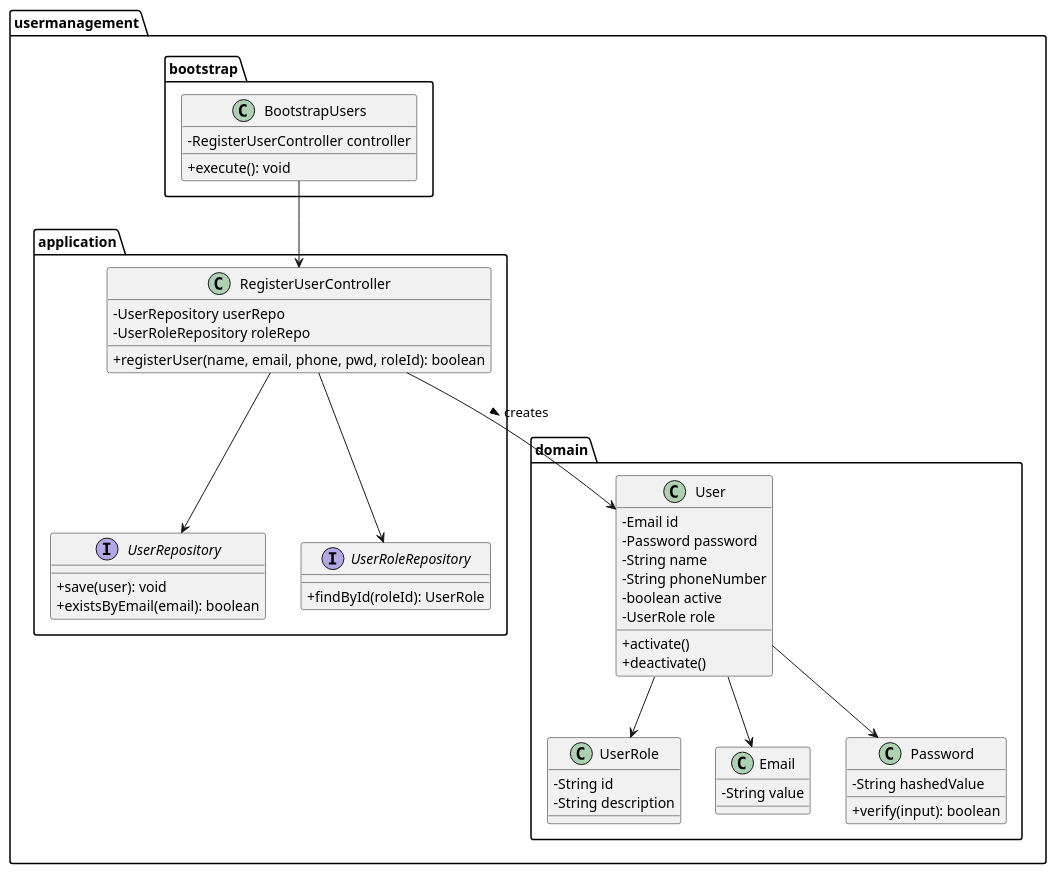
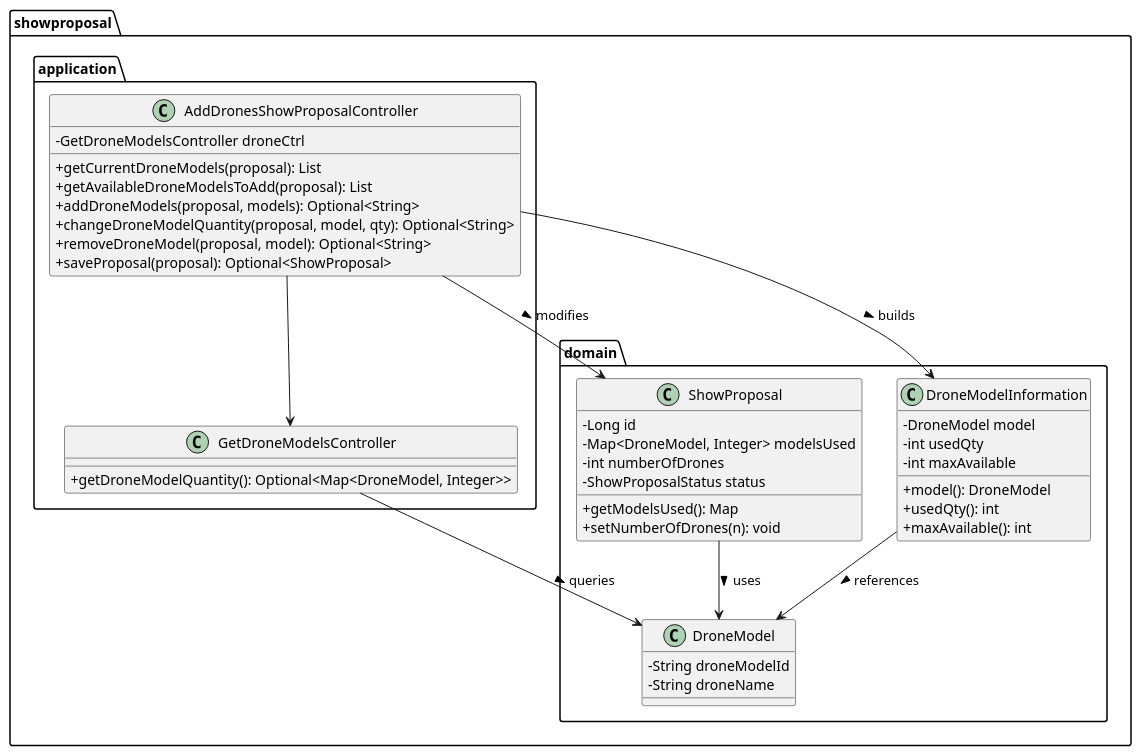
The diagram in docs/planning/sprint3/EAPLI/US311 - Add drones to a proposal/03.design/puml/class_diagram.puml (SAEmanuel/Shodrone_ISEP), drawn with PlantUML before and after one commit. The commit also changed 42 other files, not shown here.

```diff
--- a/docs/planning/sprint3/EAPLI/US311 - Add drones to a proposal/03.design/puml/class_diagram.puml
+++ b/docs/planning/sprint3/EAPLI/US311 - Add drones to a proposal/03.design/puml/class_diagram.puml
@@ -1,64 +1,53 @@
 @startuml
 skinparam classAttributeIconSize 0
 
-package "usermanagement.domain" {
-    class User {
-        - Email id
-        - Password password
-        - String name
-        - String phoneNumber
-        - boolean active
-        - UserRole role
-        + activate()
-        + deactivate()
+package "showproposal.domain" {
+    class ShowProposal {
+        - Long id
+        - Map<DroneModel, Integer> modelsUsed
+        - int numberOfDrones
+        - ShowProposalStatus status
+        + getModelsUsed(): Map
+        + setNumberOfDrones(n): void
     }
 
-    class UserRole {
-        - String id
-        - String description
+    class DroneModel {
+        - String droneModelId
+        - String droneName
     }
 
-    class Email {
-        - String value
+    class DroneModelInformation {
+        - DroneModel model
+        - int usedQty
+        - int maxAvailable
+        + model(): DroneModel
+        + usedQty(): int
+        + maxAvailable(): int
     }
 
-    class Password {
-        - String hashedValue
-        + verify(input): boolean
+    ShowProposal --> DroneModel : uses >
+    DroneModelInformation --> DroneModel : references >
+}
+
+package "showproposal.application" {
+    class AddDronesShowProposalController {
+        - GetDroneModelsController droneCtrl
+        + getCurrentDroneModels(proposal): List
+        + getAvailableDroneModelsToAdd(proposal): List
+        + addDroneModels(proposal, models): Optional<String>
+        + changeDroneModelQuantity(proposal, model, qty): Optional<String>
+        + removeDroneModel(proposal, model): Optional<String>
+        + saveProposal(proposal): Optional<ShowProposal>
     }
 
-    User --> Email
-    User --> Password
-    User --> UserRole
-}
-
-package "usermanagement.application" {
-    class RegisterUserController {
-        - UserRepository userRepo
-        - UserRoleRepository roleRepo
-        + registerUser(name, email, phone, pwd, roleId): boolean
-    }
-
-    interface UserRepository {
-        + save(user): void
-        + existsByEmail(email): boolean
-    }
-
-    interface UserRoleRepository {
-        + findById(roleId): UserRole
+    class GetDroneModelsController {
+        + getDroneModelQuantity(): Optional<Map<DroneModel, Integer>>
     }
 }
 
-package "usermanagement.bootstrap" {
-    class BootstrapUsers {
-        - RegisterUserController controller
-        + execute(): void
-    }
-}
-
-RegisterUserController --> UserRepository
-RegisterUserController --> UserRoleRepository
-RegisterUserController --> User : creates >
-BootstrapUsers --> RegisterUserController
+AddDronesShowProposalController --> GetDroneModelsController
+AddDronesShowProposalController --> ShowProposal : modifies >
+AddDronesShowProposalController --> DroneModelInformation : builds >
+GetDroneModelsController --> DroneModel : queries >
 
 @enduml
```
